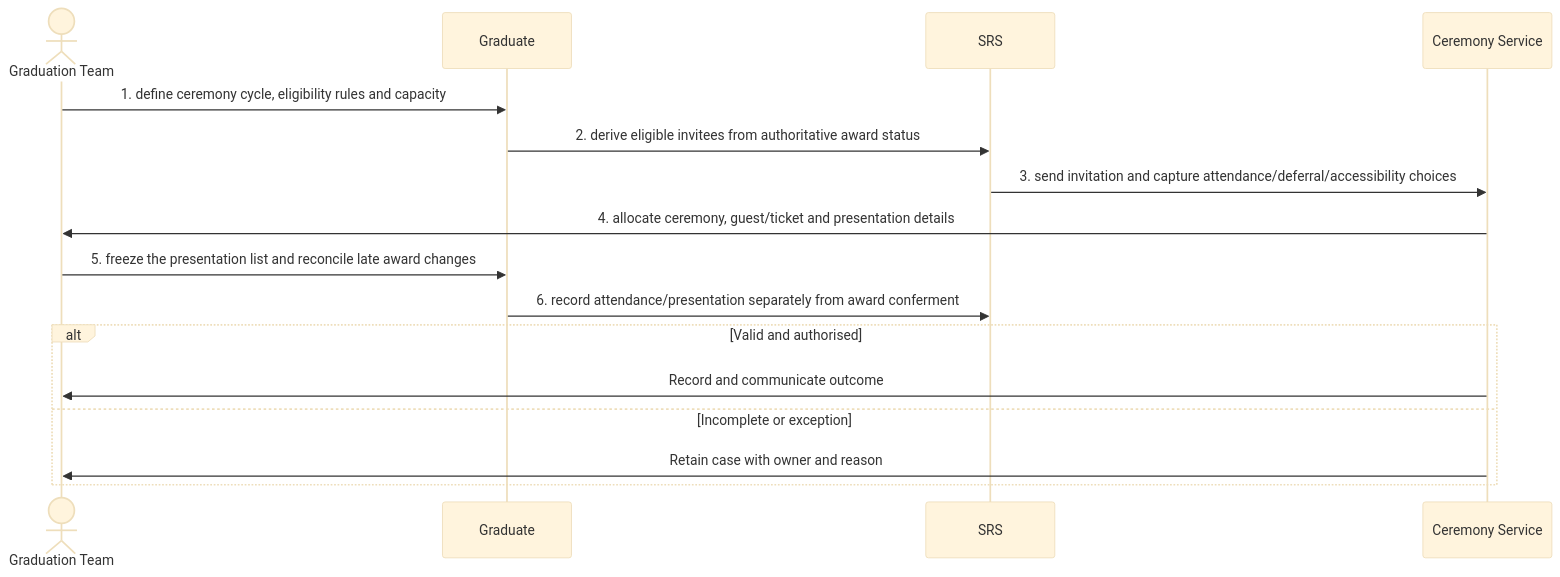
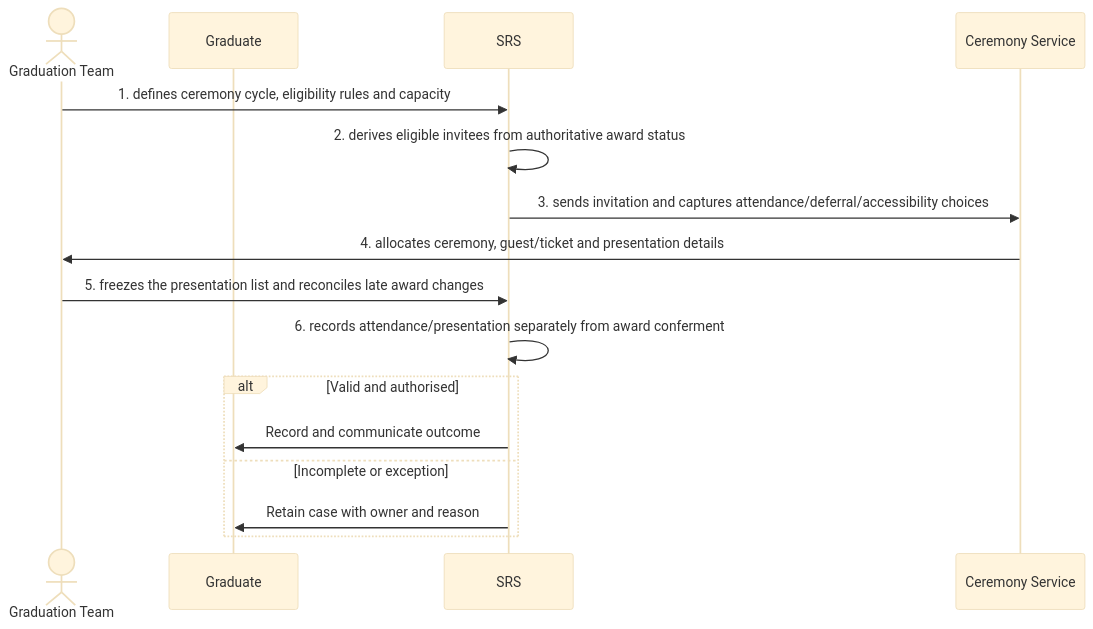
One commit to RevelationCore/Revelation-SRS changed the diagram in docs/business-processes/06-progression-awards-and-graduation/bp-06-005-determine-graduation-eligibility-and-attendance.md. Above: the diagram before and after it, drawn with Mermaid (base theme). The commit also changed other lines of this file and 96 other files, not shown here.

````diff
--- a/docs/business-processes/06-progression-awards-and-graduation/bp-06-005-determine-graduation-eligibility-and-attendance.md
+++ b/docs/business-processes/06-progression-awards-and-graduation/bp-06-005-determine-graduation-eligibility-and-attendance.md
@@ -158,18 +158,18 @@
 ```mermaid
 sequenceDiagram
     actor A1 as Graduation Team
     participant A2 as Graduate
     participant A3 as SRS
     participant A4 as Ceremony Service
-    A1->>A2: 1. define ceremony cycle, eligibility rules and capacity
-    A2->>A3: 2. derive eligible invitees from authoritative award status
-    A3->>A4: 3. send invitation and capture attendance/deferral/accessibility choices
-    A4->>A1: 4. allocate ceremony, guest/ticket and presentation details
-    A1->>A2: 5. freeze the presentation list and reconcile late award changes
-    A2->>A3: 6. record attendance/presentation separately from award conferment
+    A1->>A3: 1. defines ceremony cycle, eligibility rules and capacity
+    A3->>A3: 2. derives eligible invitees from authoritative award status
+    A3->>A4: 3. sends invitation and captures attendance/deferral/accessibility choices
+    A4->>A1: 4. allocates ceremony, guest/ticket and presentation details
+    A1->>A3: 5. freezes the presentation list and reconciles late award changes
+    A3->>A3: 6. records attendance/presentation separately from award conferment
     alt Valid and authorised
-        A4->>A1: Record and communicate outcome
+        A3->>A2: Record and communicate outcome
     else Incomplete or exception
-        A4->>A1: Retain case with owner and reason
+        A3->>A2: Retain case with owner and reason
     end
 ```
````
